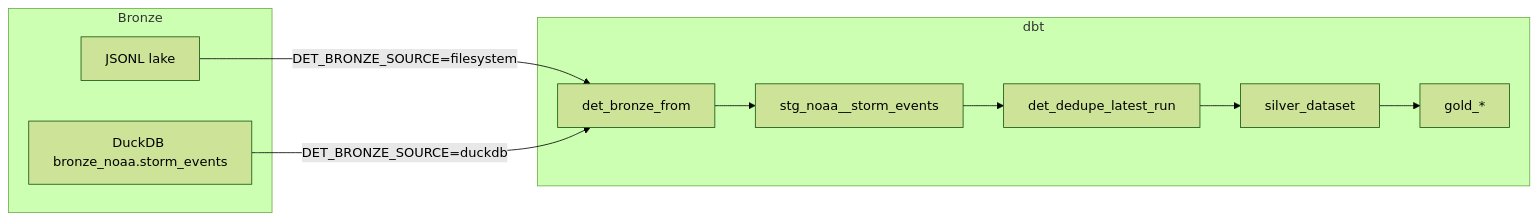
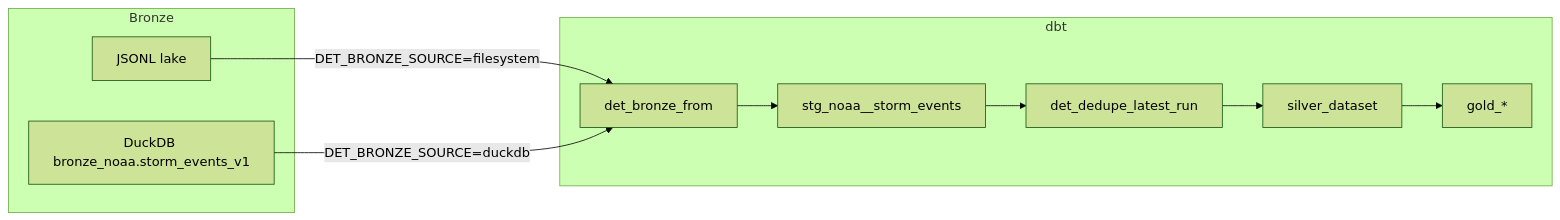
The seventh of 8 diagrams in README.md (codekid/det), drawn with Mermaid (forest theme) before and after one commit. The commit also changed other lines of this file and 43 other files, not shown here.

````diff
--- a/README.md
+++ b/README.md
@@ -470,17 +474,17 @@
 ```mermaid
 flowchart LR
   subgraph bronzeSide [Bronze]
     lakeJSONL[JSONL lake]
-    duckTable[DuckDB bronze_noaa.storm_events]
+    duckTable[DuckDB bronze_noaa.storm_events_v1]
   end
   subgraph dbtSide [dbt]
     macro[det_bronze_from]
     stg[stg_noaa__storm_events]
     dedupe[det_dedupe_latest_run]
     silver[silver_dataset]
     gold[gold_*]
     macro --> stg --> dedupe --> silver --> gold
   end
   lakeJSONL -->|DET_BRONZE_SOURCE=filesystem| macro
   duckTable -->|DET_BRONZE_SOURCE=duckdb| macro
 ```
````
